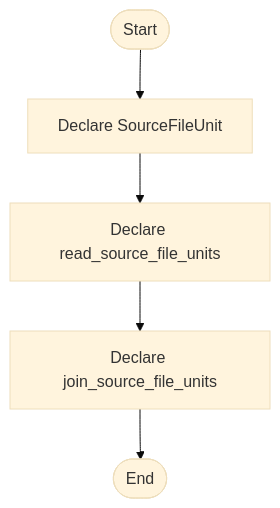
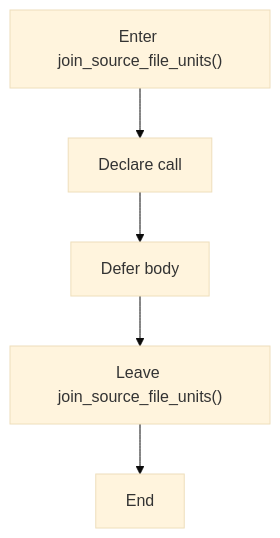
The second of 5 diagrams in docs/Codebase/Microservice/Modules/Header/SyntacticBrokenAST/Input-and-CLI/source_reader.hpp.md (JohnAndrewBalbarosa/NeoTerritory), drawn with Mermaid (base theme) before and after one commit. The commit also changed other lines of this file and 752 other files, not shown here.

````diff
--- a/docs/Codebase/Microservice/Modules/Header/SyntacticBrokenAST/Input-and-CLI/source_reader.hpp.md
+++ b/docs/Codebase/Microservice/Modules/Header/SyntacticBrokenAST/Input-and-CLI/source_reader.hpp.md
@@ -32,12 +49,12 @@
 ```mermaid
 flowchart TD
-    Start([Start])
-    N0[Declare SourceFileUnit]
-    N1[Declare read_source_file_units]
-    N2[Declare join_source_file_units]
-    End([End])
-    Start --> N0
+    N0["Enter join_source_file_units()"]
+    N1["Declare call"]
+    N2["Defer body"]
+    N3["Leave join_source_file_units()"]
+    N4["End"]
     N0 --> N1
     N1 --> N2
-    N2 --> End
+    N2 --> N3
+    N3 --> N4
 ```
````
